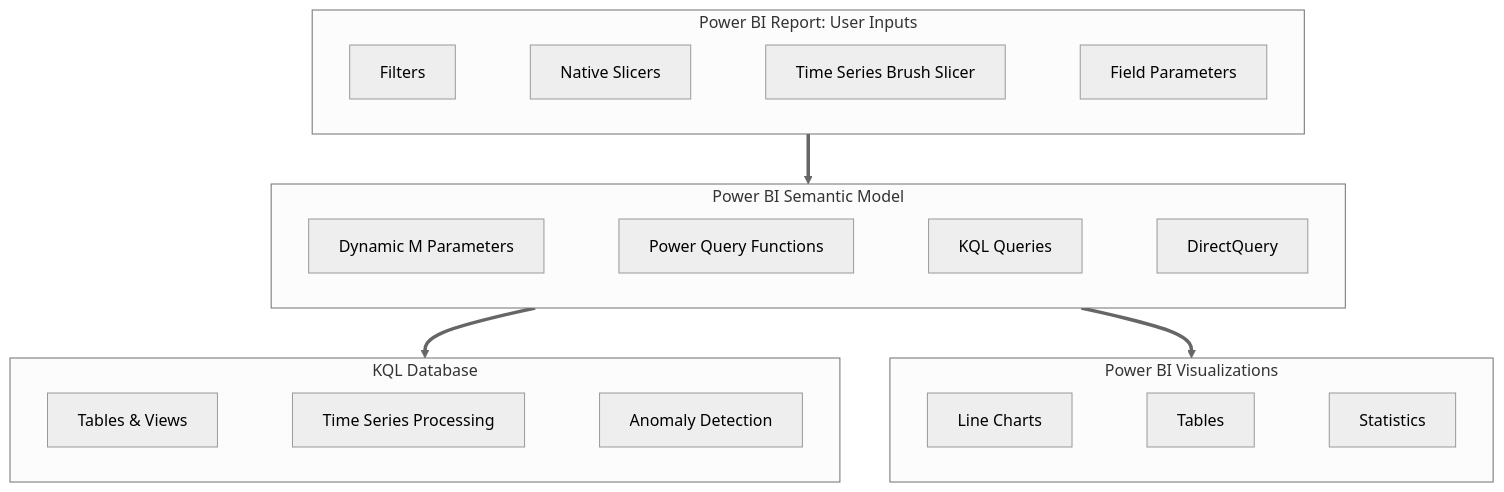
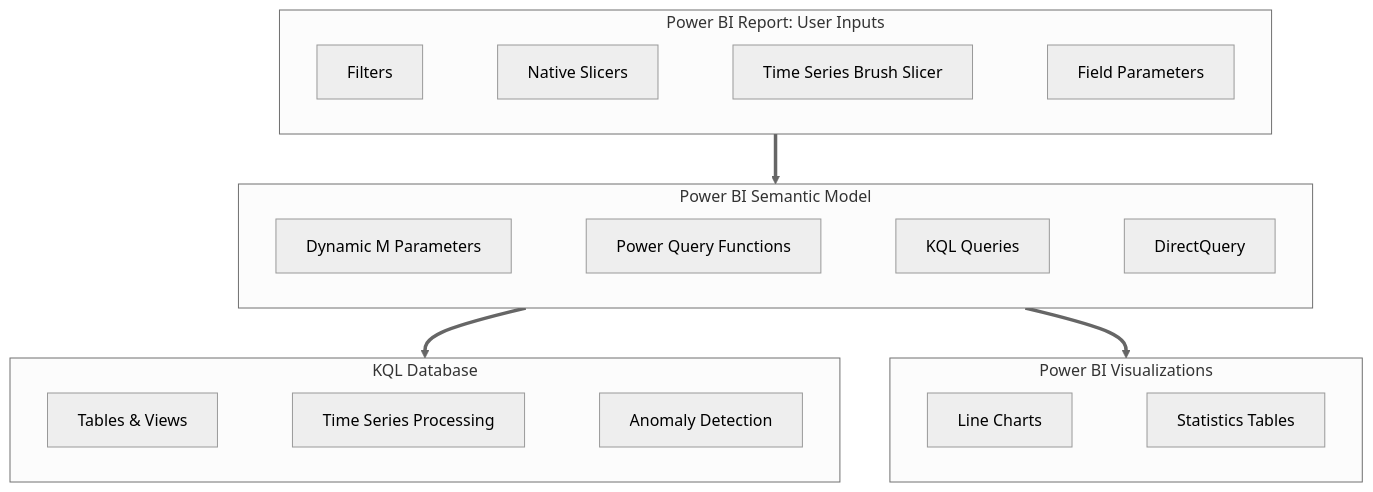
The first of 2 diagrams in docs/reference/architecture.md (slavatrofimov/Time-Series-Visualization-with-Microsoft-Fabric), drawn with Mermaid (neutral theme) before and after one commit. The commit also changed other lines of this file and 1 other file, not shown here.

````diff
--- a/docs/reference/architecture.md
+++ b/docs/reference/architecture.md
@@ -7,26 +7,26 @@
 ```mermaid
 flowchart TB
     subgraph UserInputs["Power BI Report: User Inputs"]
         direction LR
         A[Filters] ~~~ B[Native Slicers] ~~~ C[Time Series Brush Slicer] ~~~ D[Field Parameters]
     end
     
     subgraph SemanticModel["Power BI Semantic Model"]
         direction LR
         F[Dynamic M Parameters] ~~~ G[Power Query Functions] ~~~ H[KQL Queries] ~~~ I[DirectQuery]
     end
     
     subgraph Backend["KQL Database"]
         direction LR
         J[Tables & Views] ~~~ K[Time Series Processing] ~~~ K2[Anomaly Detection]
     end
 
     subgraph Visualization["Power BI Visualizations"]
         direction LR
-        L[Line Charts] ~~~ M[Tables] ~~~ N[Statistics]
+        L[Line Charts] ~~~ M[Statistics Tables]
     end
 
     UserInputs ==> SemanticModel
     SemanticModel ==> Backend
     SemanticModel ==> Visualization
 ```
````
